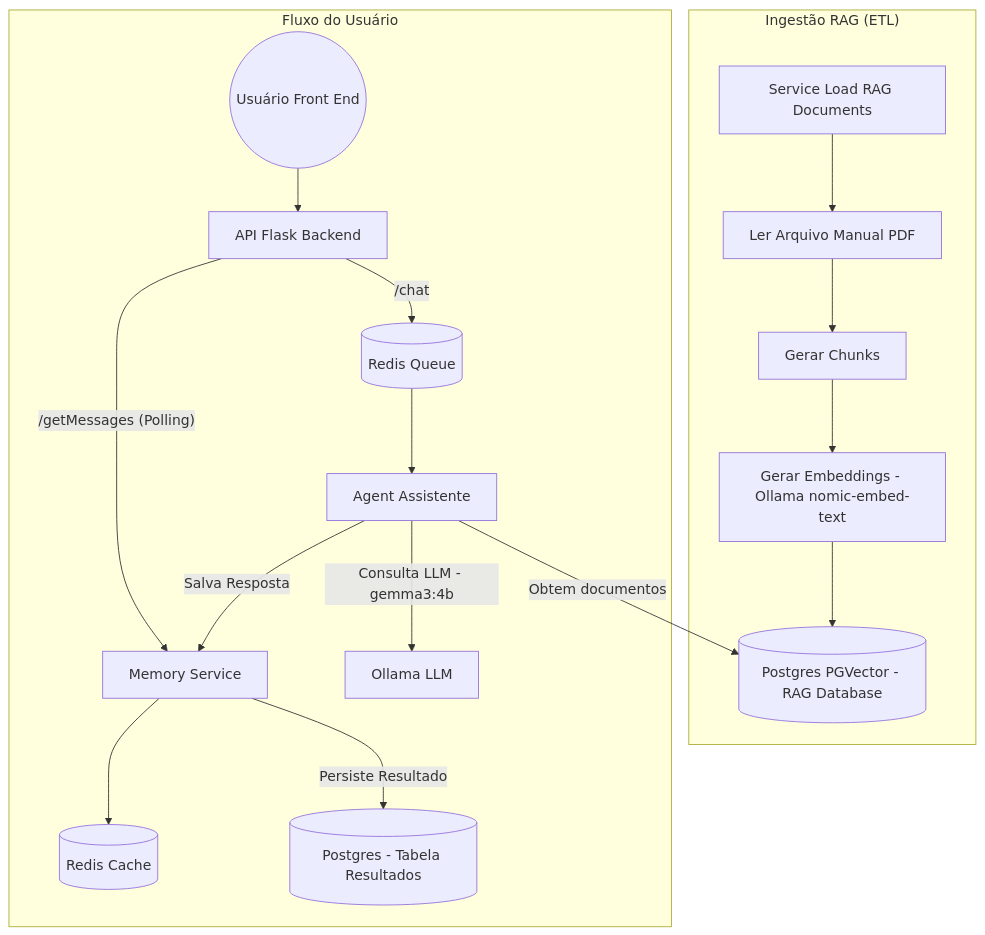
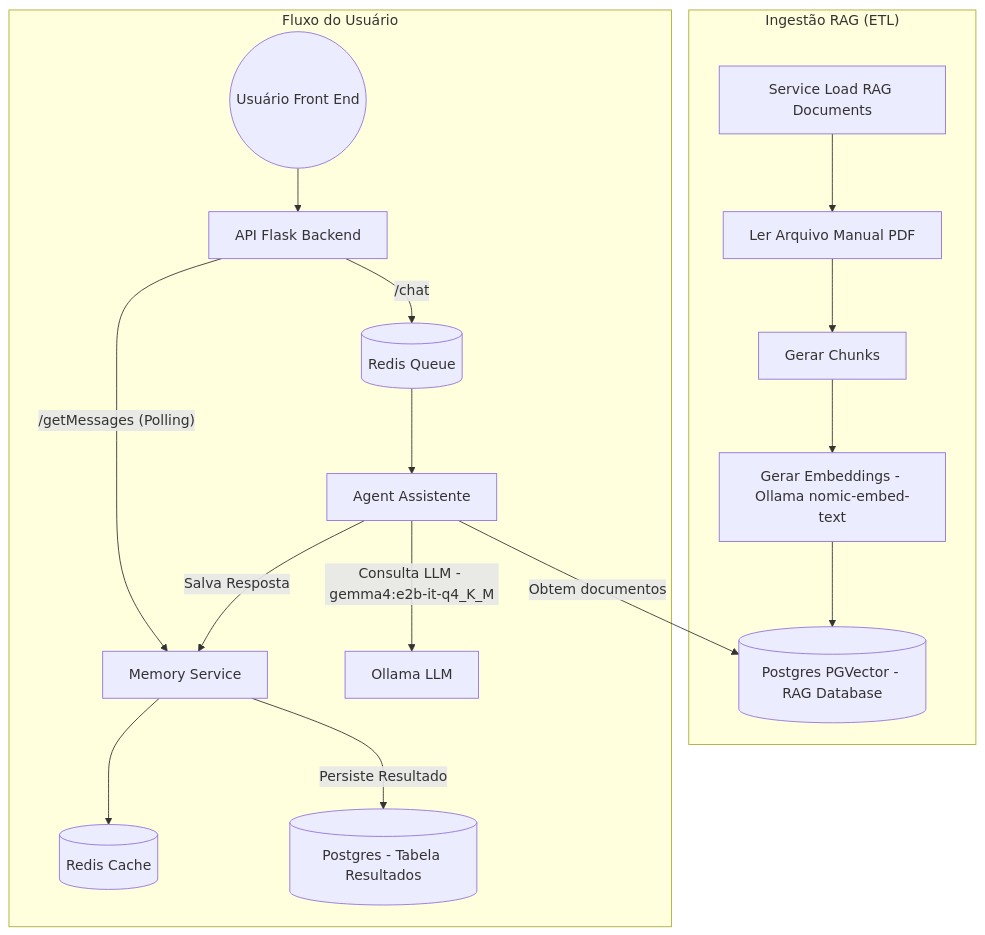
Before and after one commit to pablosls/agente_suporte: the diagram in README.md, drawn with Mermaid. The commit also changed other lines of this file and 9 other files, not shown here.

````diff
--- a/README.md
+++ b/README.md
@@ -9,21 +9,21 @@
 ```mermaid
 graph TD
     subgraph "Ingestão RAG (ETL)"
         Loader[Service Load RAG Documents] --> Read[Ler Arquivo Manual PDF]
         Read --> Chunks[Gerar Chunks]
         Chunks --> Embed[Gerar Embeddings - Ollama nomic-embed-text]
         Embed --> VDB[(Postgres PGVector - RAG Database)]
     end
 
     subgraph "Fluxo do Usuário"
         User((Usuário Front End)) --> API[API Flask Backend]
         API -- "/chat" --> Queue[(Redis Queue)]
         Queue --> Agent[Agent Assistente]
         Agent -- "Obtem documentos" --> VDB
-        Agent -- "Consulta LLM - gemma3:4b" --> Ollama[Ollama LLM]
+        Agent -- "Consulta LLM - gemma4:e2b-it-q4_K_M" --> Ollama[Ollama LLM]
         Agent -- "Salva Resposta" --> Mem[Memory Service]
         Mem -- "Persiste Resultado" --> PDB[(Postgres - Tabela Resultados)]
         Mem --> Cache[(Redis Cache)]
         API -- "/getMessages (Polling)" --> Mem
     end
 ```
````
